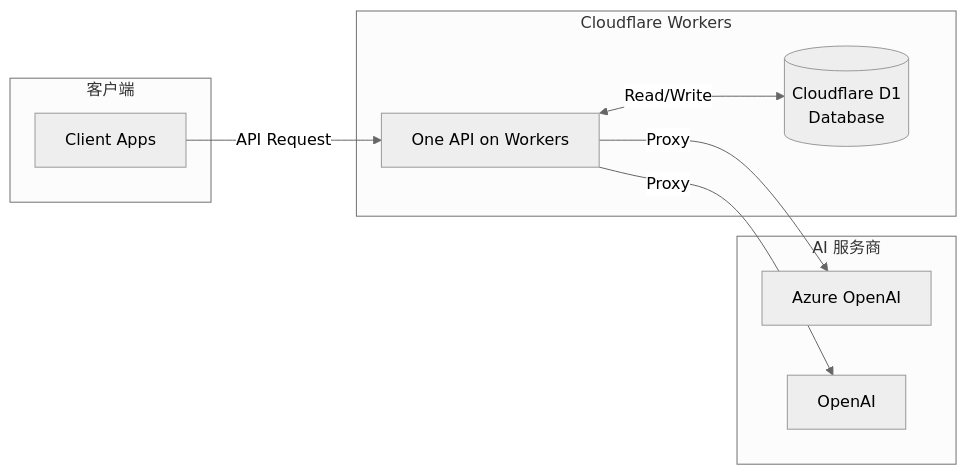
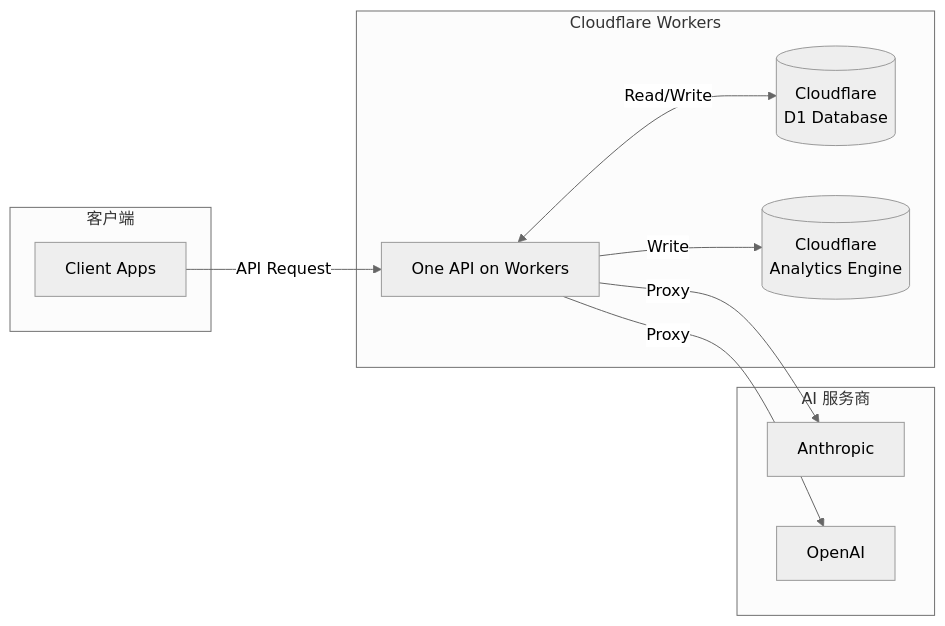
Before and after one commit to min-zou/one-api-workers: the diagram in README.md, drawn with Mermaid (neutral theme).

Commit message:
change: 更新README mermaid

````diff
--- a/README.md
+++ b/README.md
@@ -22,21 +22,23 @@
 ```mermaid
 flowchart LR
     subgraph Clients["客户端"]
         A[Client Apps]
     end
 
     subgraph CF["Cloudflare Workers"]
         B[One API on Workers]
-        D[(Cloudflare D1<br/>Database)]
+        D1[(Cloudflare<br/>D1 Database)]
+        D2[(Cloudflare<br/>Analytics Engine)]
     end
 
     subgraph Providers["AI 服务商"]
-        C1[Azure OpenAI]
+        C1[Anthropic]
         C2[OpenAI]
     end
 
     A -->|API Request| B
     B -->|Proxy| C1
     B -->|Proxy| C2
-    B <-->|Read/Write| D
+    B <-->|Read/Write| D1
+    B -->|Write| D2
 ```
````
